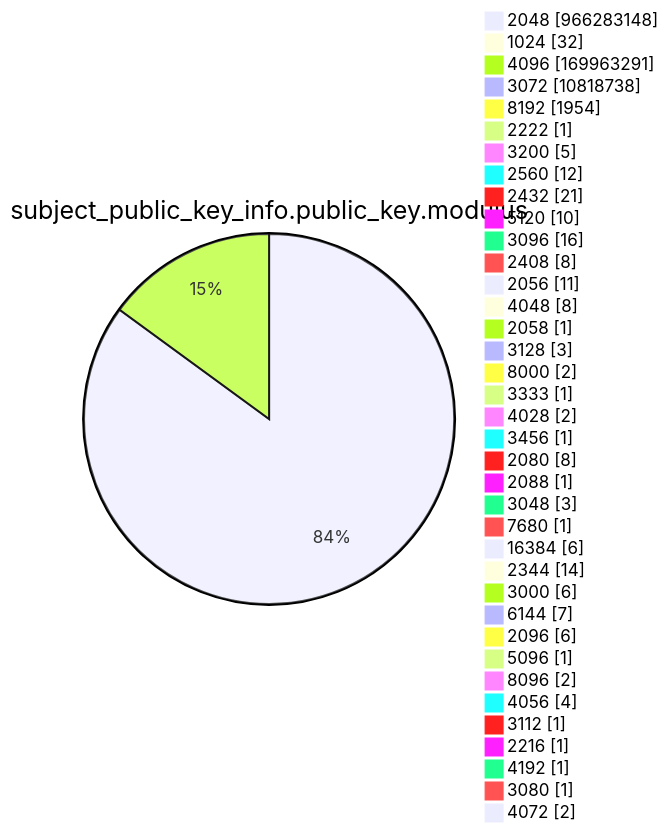
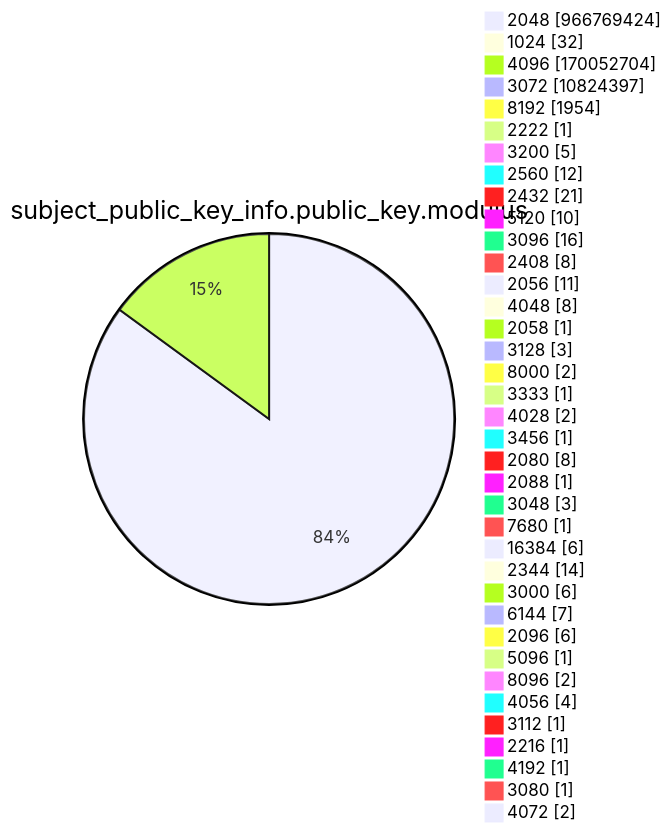
One commit to christiankrug/ctmonitor_visualization changed diagram 13 of 15 in argon2022/README.md. Above: the diagram before and after it, drawn with Mermaid. The commit also changed other lines of this file, not shown here.

````diff
--- a/argon2022/README.md
+++ b/argon2022/README.md
@@ -3587,41 +3587,41 @@
 ```mermaid
 pie showData
 title subject_public_key_info.public_key.modulus
-"2048" :966283148
+"2048" :966769424
 "1024" :32
-"4096" :169963291
-"3072" :10818738
+"4096" :170052704
+"3072" :10824397
 "8192" :1954
 "2222" :1
 "3200" :5
 "2560" :12
 "2432" :21
 "5120" :10
 "3096" :16
 "2408" :8
 "2056" :11
 "4048" :8
 "2058" :1
 "3128" :3
 "8000" :2
 "3333" :1
 "4028" :2
 "3456" :1
 "2080" :8
 "2088" :1
 "3048" :3
 "7680" :1
 "16384" :6
 "2344" :14
 "3000" :6
 "6144" :7
 "2096" :6
 "5096" :1
 "8096" :2
 "4056" :4
 "3112" :1
 "2216" :1
 "4192" :1
 "3080" :1
 "4072" :2
 ```
````
